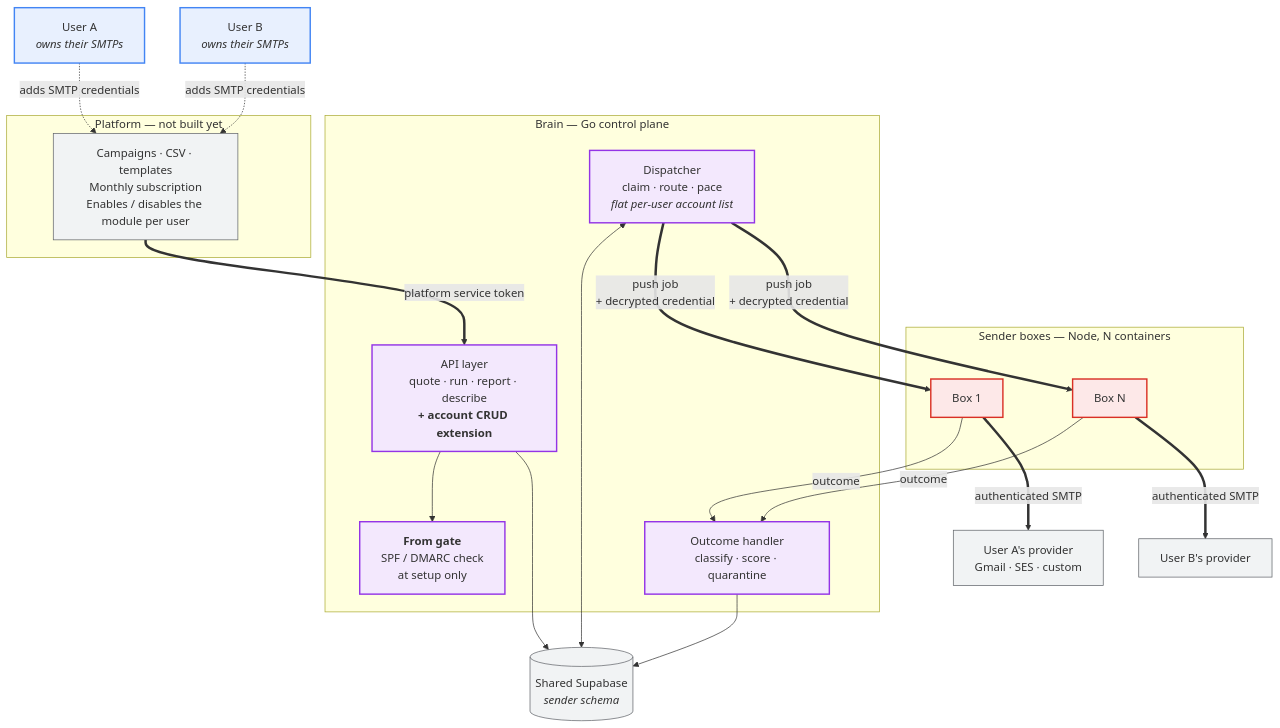
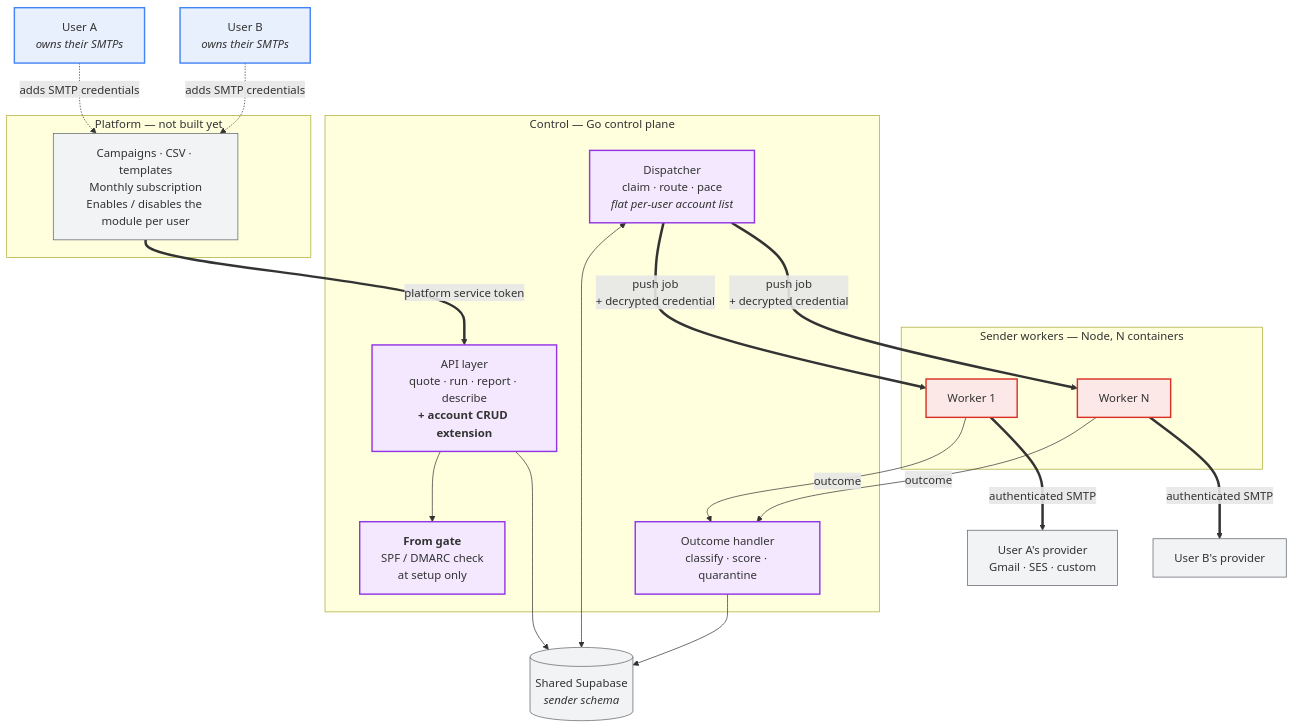
One commit to elzainxx/coldmail-send-byo changed the diagram in Docs/module-3-architecture.mermaid. Above: the diagram before and after it, drawn with Mermaid. The commit also changed 757 other files, not shown here.

First line of the commit message:
Pass 1: identity rename to coldmail-send-byo (control/worker), DB names protected

```diff
--- a/Docs/module-3-architecture.mermaid
+++ b/Docs/module-3-architecture.mermaid
@@ -1,48 +1,48 @@
 flowchart TB
     UA["User A<br/><i>owns their SMTPs</i>"]
     UB["User B<br/><i>owns their SMTPs</i>"]
 
     subgraph platform["Platform &mdash; not built yet"]
         P["Campaigns · CSV · templates<br/>Monthly subscription<br/>Enables / disables the module per user"]
     end
 
-    subgraph brain["Brain &mdash; Go control plane"]
+    subgraph control["Control &mdash; Go control plane"]
         API["API layer<br/>quote · run · report · describe<br/><b>+ account CRUD extension</b>"]
         GATE["<b>From gate</b><br/>SPF / DMARC check<br/>at setup only"]
         DISP["Dispatcher<br/>claim · route · pace<br/><i>flat per-user account list</i>"]
         OUT["Outcome handler<br/>classify · score · quarantine"]
     end
 
-    subgraph boxes["Sender boxes &mdash; Node, N containers"]
-        B1["Box 1"]
-        B2["Box N"]
+    subgraph workers["Sender workers &mdash; Node, N containers"]
+        B1["Worker 1"]
+        B2["Worker N"]
     end
 
     DB[("Shared Supabase<br/><i>sender schema</i>")]
 
     EXT1["User A's provider<br/>Gmail · SES · custom"]
     EXT2["User B's provider"]
 
     UA -.->|"adds SMTP credentials"| P
     UB -.->|"adds SMTP credentials"| P
     P ==>|"platform service token"| API
     API --> GATE
     API --> DB
     DISP <--> DB
     OUT --> DB
     DISP ==>|"push job<br/>+ decrypted credential"| B1
     DISP ==>|"push job<br/>+ decrypted credential"| B2
     B1 -->|"outcome"| OUT
     B2 -->|"outcome"| OUT
     B1 ==>|"authenticated SMTP"| EXT1
     B2 ==>|"authenticated SMTP"| EXT2
 
     classDef userNode fill:#e8f0fe,stroke:#4285f4,stroke-width:2px
-    classDef brainNode fill:#f3e8fd,stroke:#9334e6,stroke-width:2px
-    classDef boxNode fill:#fde8e8,stroke:#d93025,stroke-width:2px
+    classDef controlNode fill:#f3e8fd,stroke:#9334e6,stroke-width:2px
+    classDef workerNode fill:#fde8e8,stroke:#d93025,stroke-width:2px
     classDef extNode fill:#f1f3f4,stroke:#5f6368,stroke-width:1px
 
     class UA,UB userNode
-    class API,GATE,DISP,OUT brainNode
-    class B1,B2 boxNode
+    class API,GATE,DISP,OUT controlNode
+    class B1,B2 workerNode
     class EXT1,EXT2,DB,P extNode
```
